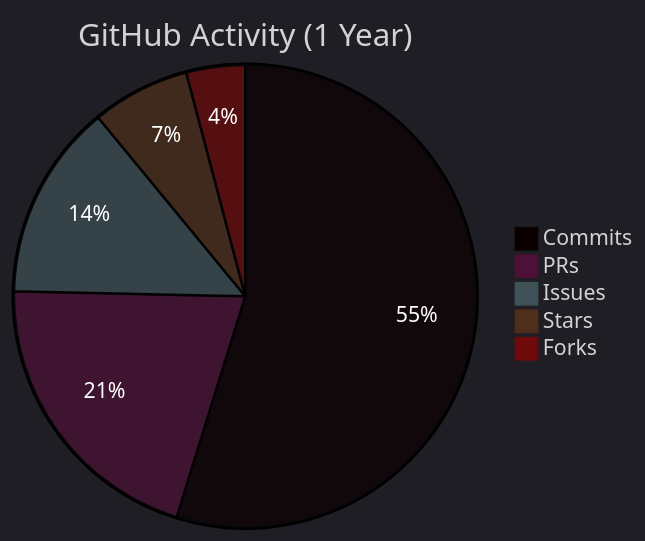
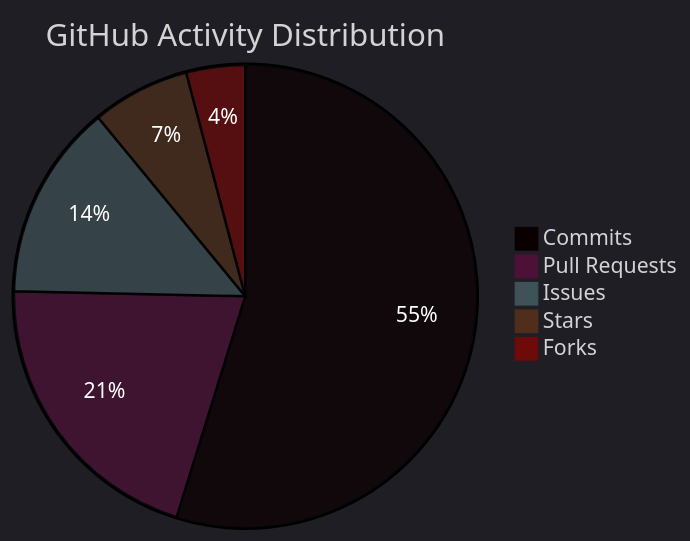
Before and after one commit to hamzanadeem2/hamzanadeem2: the third of 3 diagrams in README.md, drawn with Mermaid. The commit also changed other lines of this file, not shown here.

````diff
--- a/README.md
+++ b/README.md
@@ -180,14 +203,14 @@
 ```mermaid
 %%{init: {'theme':'dark', 'themeVariables': {
   'primaryColor': '#1a1a2e',
   'edgeLabelBackground':'#1a1a2e',
   'tertiaryColor': '#00ffff',
   'textColor': '#ffffff'
 }}}%%
-pie title GitHub Activity (1 Year)
+pie title GitHub Activity Distribution
     "Commits" : 40
-    "PRs" : 15
+    "Pull Requests" : 15
     "Issues" : 10
     "Stars" : 5
     "Forks" : 3
 ```
````
